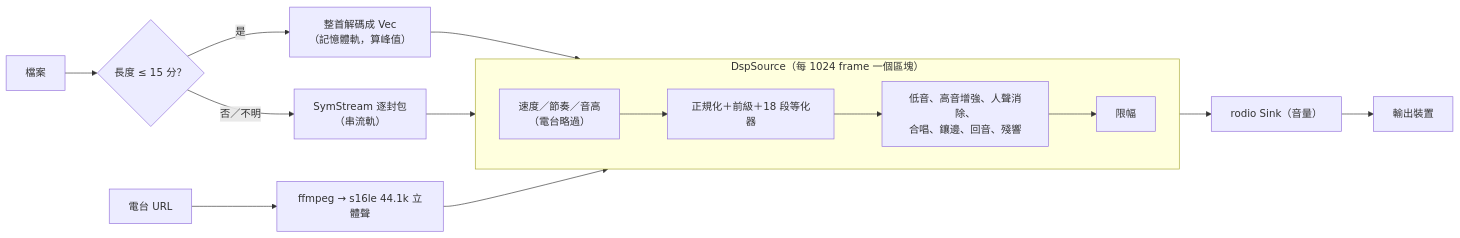
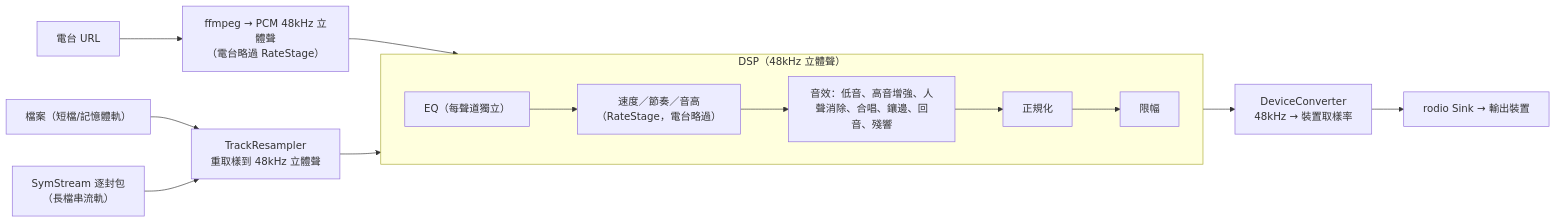
The second of 2 diagrams in Agents/system-architecture.md (cornercookie/LaiFlashTune), drawn with Mermaid before and after one commit. The commit also changed other lines of this file and 36 other files, not shown here.

````diff
--- a/Agents/system-architecture.md
+++ b/Agents/system-architecture.md
@@ -65,15 +65,13 @@
 ```mermaid
 flowchart LR
-  F["檔案"] --> D{"長度 ≤ 15 分？"}
-  D -- 是 --> M["整首解碼成 Vec<f32><br/>（記憶體軌，算峰值）"]
-  D -- 否／不明 --> S["SymStream 逐封包<br/>（串流軌）"]
-  R["電台 URL"] --> FF["ffmpeg → s16le 44.1k 立體聲"]
-  M --> DSP
-  S --> DSP
+  F["檔案（短檔/記憶體軌）"] --> TR["TrackResampler<br/>重取樣到 48kHz 立體聲"]
+  S["SymStream 逐封包<br/>（長檔串流軌）"] --> TR
+  R["電台 URL"] --> FF["ffmpeg → PCM 48kHz 立體聲<br/>（電台略過 RateStage）"]
   FF --> DSP
-  subgraph DSP["DspSource（每 1024 frame 一個區塊）"]
+  TR --> DSP
+  subgraph DSP["DSP（48kHz 立體聲）"]
     direction LR
-    RT["速度／節奏／音高<br/>（電台略過）"] --> EQ["正規化＋前級＋18 段等化器"] --> FX["低音、高音增強、人聲消除、<br/>合唱、鑲邊、回音、殘響"] --> CL["限幅"]
+    EQ[EQ（每聲道獨立）] --> RT[速度／節奏／音高<br/>（RateStage，電台略過）] --> FX[音效：低音、高音增強、人聲消除、合唱、鑲邊、回音、殘響] --> NL[正規化] --> CL[限幅]
   end
-  DSP --> SINK["rodio Sink（音量）"] --> OUT["輸出裝置"]
+  DSP --> DC[DeviceConverter<br/>48kHz → 裝置取樣率] --> OUT[rodio Sink → 輸出裝置]
 ```
````
